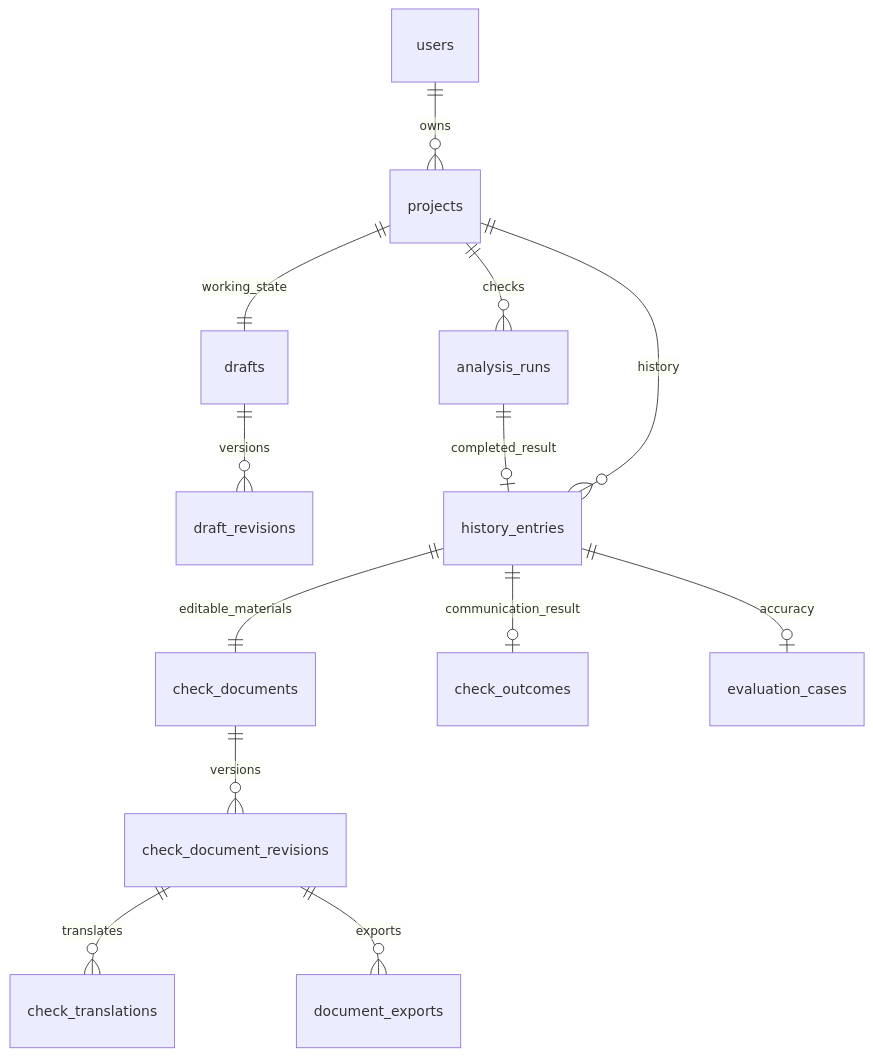
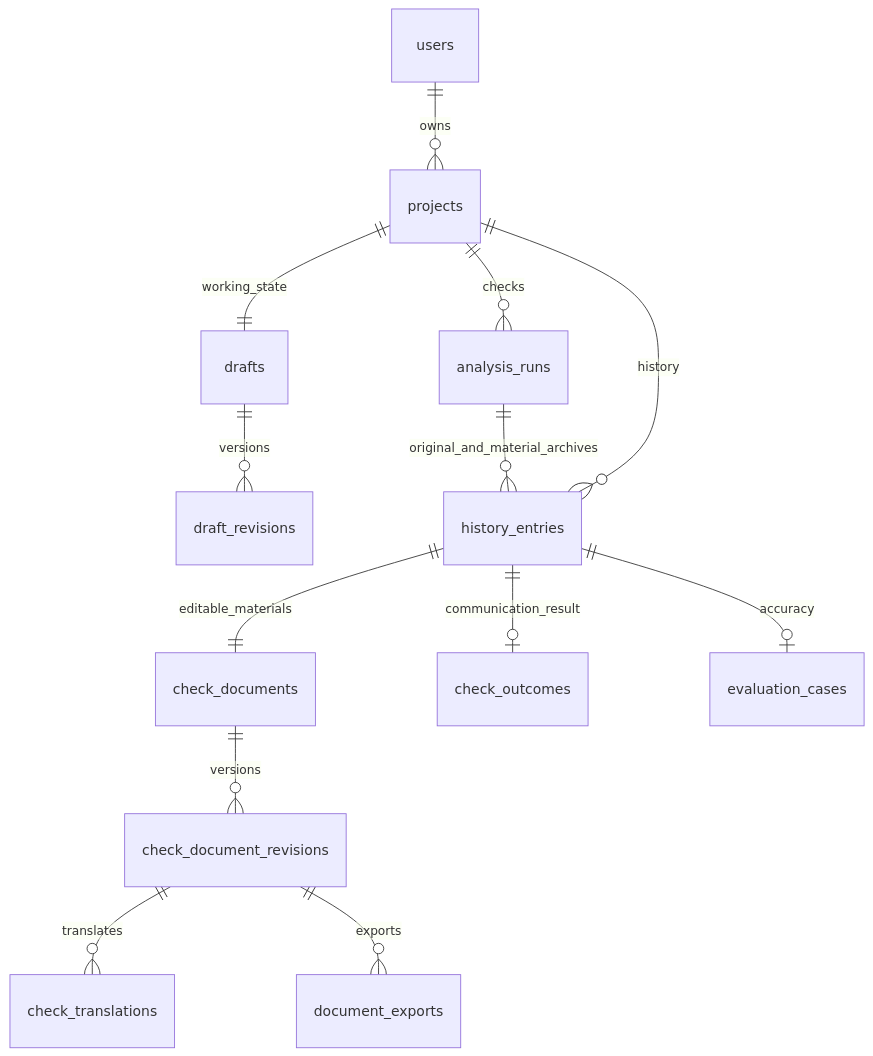
Before and after one commit to gushinets/ScopeCreepGuard: the third of 3 diagrams in docs/design/project-draft-ai-workflow.md, drawn with Mermaid. The commit also changed other lines of this file and 2 other files, not shown here.

Commit message:
docs: align workflow lifecycle and schema guarantees (ANY-702 ANY-703)

````diff
--- a/docs/design/project-draft-ai-workflow.md
+++ b/docs/design/project-draft-ai-workflow.md
@@ -325,15 +335,15 @@
 ```mermaid
 erDiagram
     users ||--o{ projects : owns
     projects ||--|| drafts : working_state
     drafts ||--o{ draft_revisions : versions
     projects ||--o{ analysis_runs : checks
-    analysis_runs ||--o| history_entries : completed_result
+    analysis_runs ||--o{ history_entries : original_and_material_archives
     projects ||--o{ history_entries : history
     history_entries ||--|| check_documents : editable_materials
     check_documents ||--o{ check_document_revisions : versions
     check_document_revisions ||--o{ check_translations : translates
     check_document_revisions ||--o{ document_exports : exports
     history_entries ||--o| check_outcomes : communication_result
     history_entries ||--o| evaluation_cases : accuracy
 ```
````
